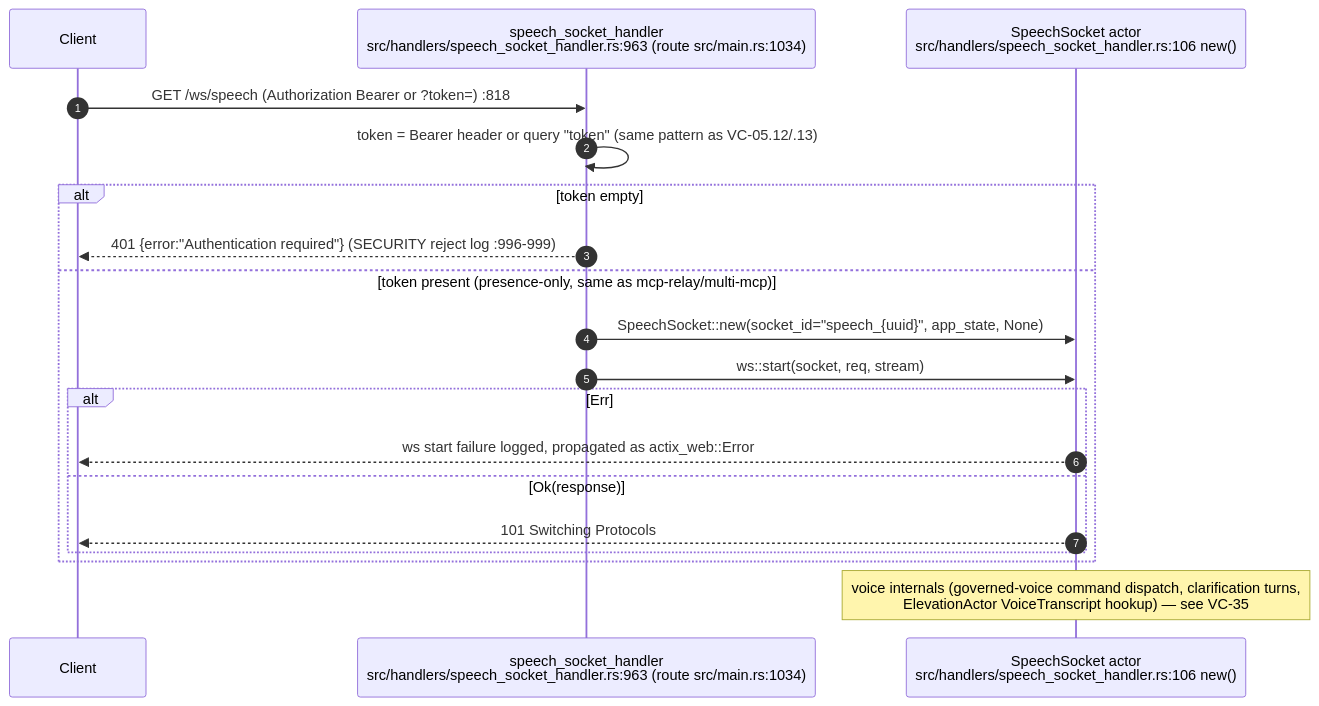
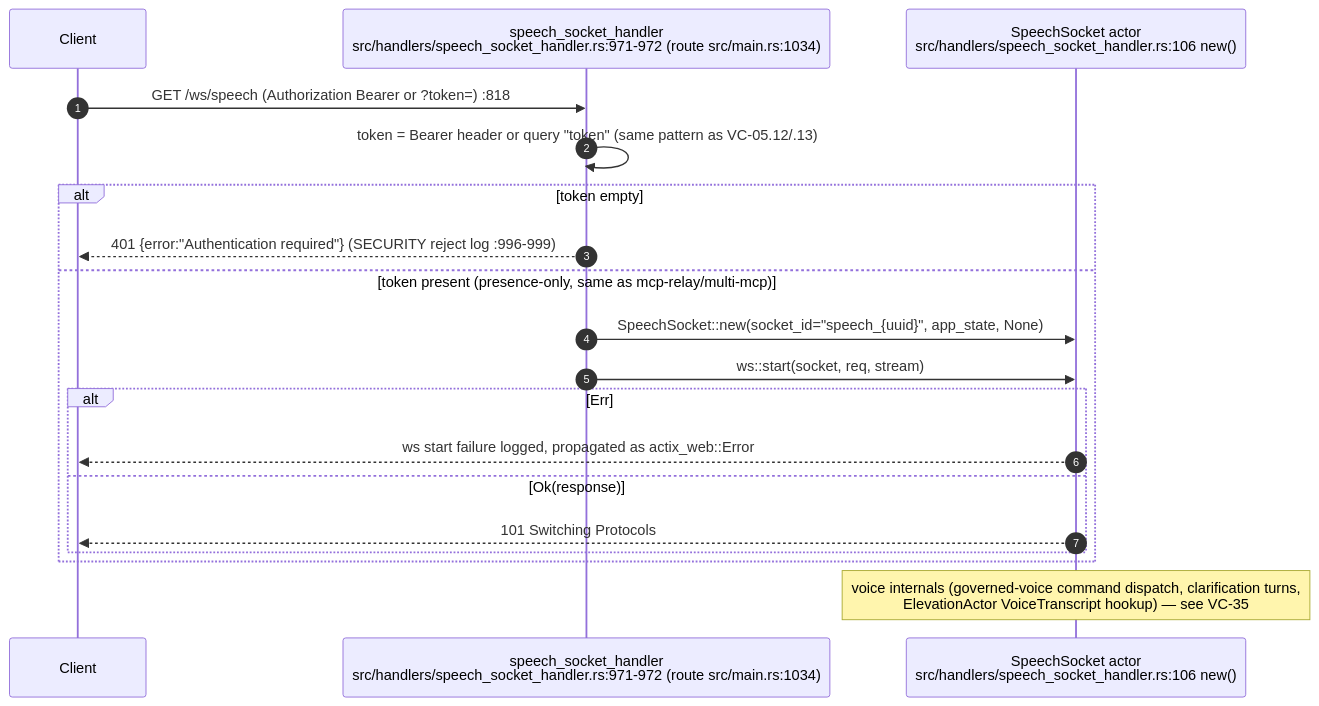
Before and after one commit to DreamLab-AI/AR-AI-Knowledge-Graph: diagram 16 of 18 in docs/diagrams/visionclaw/05-handlers-governance-and-identity.md, drawn with Mermaid. The commit also changed other lines of this file and 36 other files, not shown here.

````diff
--- a/docs/diagrams/visionclaw/05-handlers-governance-and-identity.md
+++ b/docs/diagrams/visionclaw/05-handlers-governance-and-identity.md
@@ -775,22 +775,22 @@
 ```mermaid
 sequenceDiagram
     autonumber
     participant C as Client
-    participant H as speech_socket_handler<br/>src/handlers/speech_socket_handler.rs:963 (route src/main.rs:1034)
+    participant H as speech_socket_handler<br/>src/handlers/speech_socket_handler.rs:971-972 (route src/main.rs:1034)
     participant SS as SpeechSocket actor<br/>src/handlers/speech_socket_handler.rs:106 new()
 
     C->>H: GET /ws/speech (Authorization Bearer or ?token=) :818
     H->>H: token = Bearer header or query "token" (same pattern as VC-05.12/.13)
     alt token empty
         H-->>C: 401 {error:"Authentication required"} (SECURITY reject log :996-999)
     else token present (presence-only, same as mcp-relay/multi-mcp)
         H->>SS: SpeechSocket::new(socket_id="speech_{uuid}", app_state, None)
         H->>SS: ws::start(socket, req, stream)
         alt Err
             SS-->>C: ws start failure logged, propagated as actix_web::Error
         else Ok(response)
             SS-->>C: 101 Switching Protocols
         end
     end
     Note over SS: voice internals (governed-voice command dispatch, clarification turns,<br/>ElevationActor VoiceTranscript hookup) — see VC-35
 ```
````
